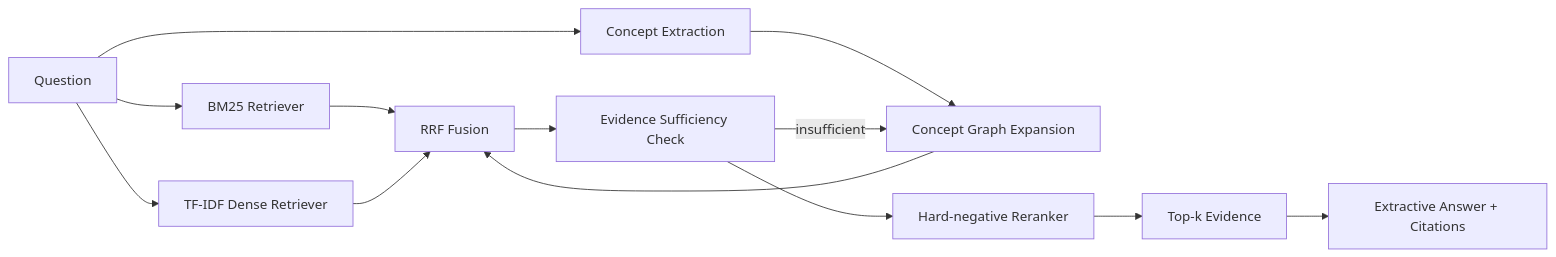
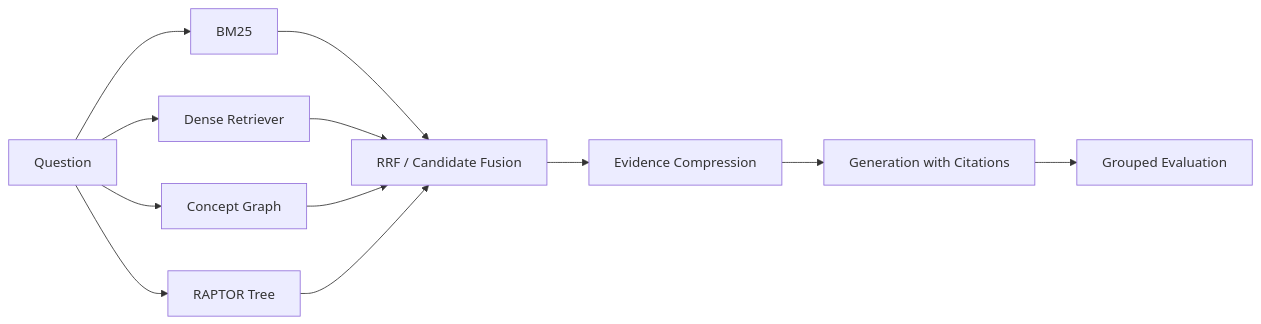
One commit to Jeremy0508-art/hybrid_rag_cs_qa changed the diagram in reports/research_report_template.md. Above: the diagram before and after it, drawn with Mermaid. The commit also changed other lines of this file and 43 other files, not shown here.

Commit message:
Upgrade CS QA RAG with RAPTOR and expanded evaluation

````diff
--- a/reports/research_report_template.md
+++ b/reports/research_report_template.md
@@ -31,15 +41,14 @@
 ```mermaid
 flowchart LR
-    Q[Question] --> BM25[BM25 Retriever]
-    Q --> Dense[TF-IDF Dense Retriever]
-    Q --> Concepts[Concept Extraction]
-    Concepts --> Graph[Concept Graph Expansion]
-    BM25 --> RRF[RRF Fusion]
-    Dense --> RRF
-    Graph --> RRF
-    RRF --> Reflect[Evidence Sufficiency Check]
-    Reflect -->|insufficient| Graph
-    Reflect --> Reranker[Hard-negative Reranker]
-    Reranker --> Evidence[Top-k Evidence]
-    Evidence --> Answer[Extractive Answer + Citations]
+    Q[Question] --> BM25[BM25]
+    Q --> Dense[Dense Retriever]
+    Q --> Graph[Concept Graph]
+    Q --> Raptor[RAPTOR Tree]
+    BM25 --> Fuse[RRF / Candidate Fusion]
+    Dense --> Fuse
+    Graph --> Fuse
+    Raptor --> Fuse
+    Fuse --> Prune[Evidence Compression]
+    Prune --> Gen[Generation with Citations]
+    Gen --> Eval[Grouped Evaluation]
 ```
````
